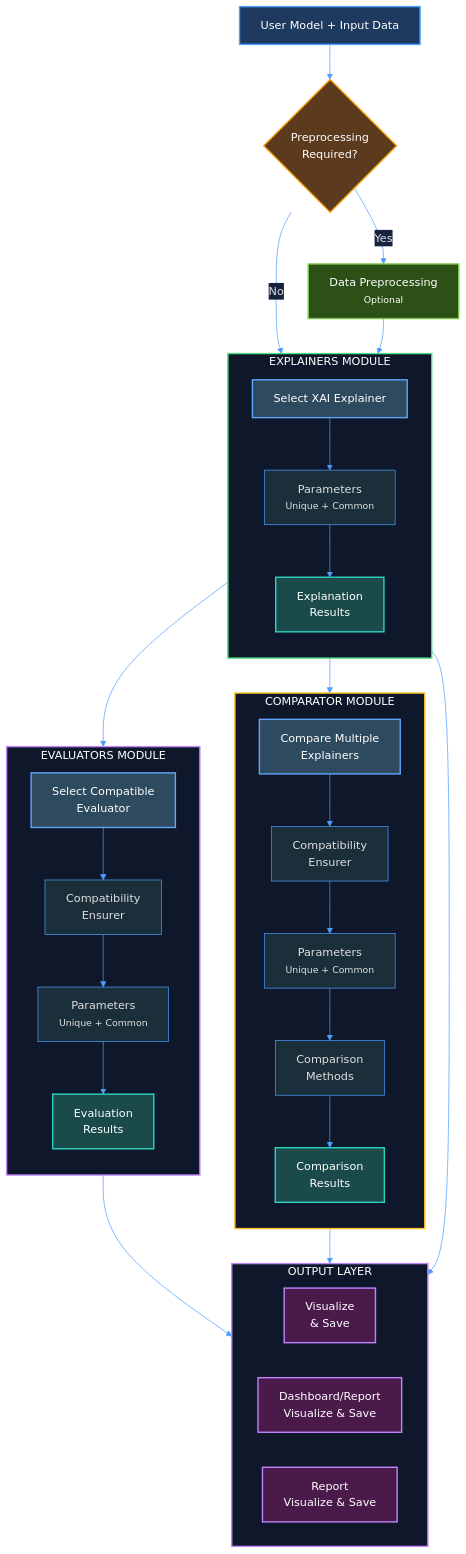
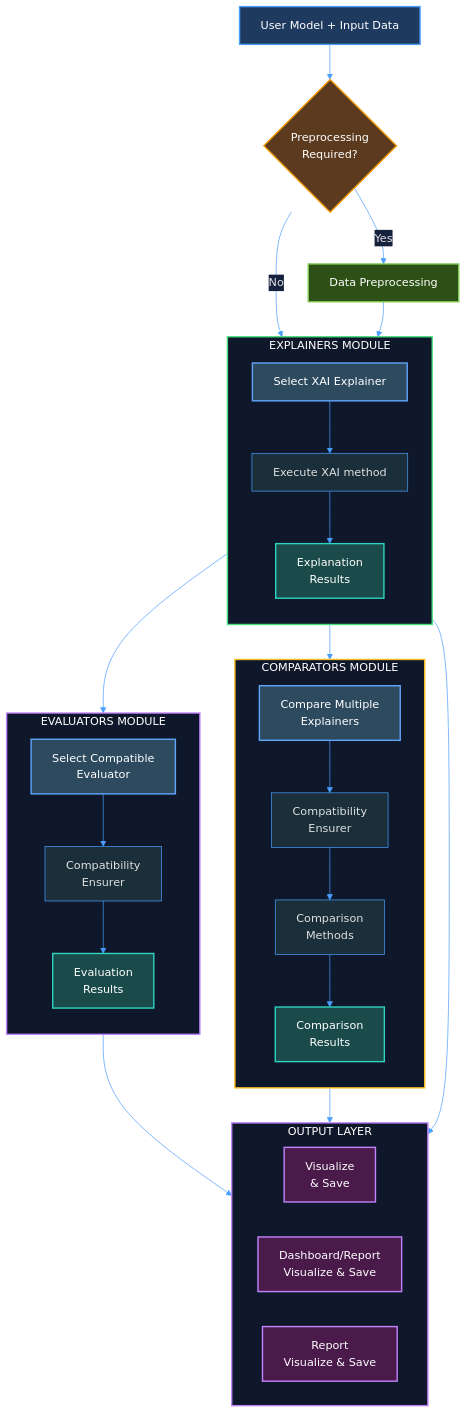
The diagram in README.md (Harishankar-HDK/E.X.A.C.T-by-GHAN-Hari-s-fork), drawn with Mermaid before and after one commit.

Commit message:
architecture diagram updated in README

```diff
--- a/README.md
+++ b/README.md
@@ -97,22 +97,21 @@
     B{"Preprocessing<br/>Required?"}:::decisionClass
     
     %% Preprocessing
-    C["Data Preprocessing<br/><small>Optional</small>"]:::processClass
+    C["Data Preprocessing<br/>"]:::processClass
     
     %% Explainers
     subgraph EXPLAINERS["EXPLAINERS MODULE"]
         direction TB
         E_SEL["Select XAI Explainer"]:::selectClass
-        E_PARAMS["Parameters<br/><small>Unique + Common</small>"]:::subClass
+        E_PARAMS["Execute XAI method"]:::subClass
         E_RES["Explanation<br/>Results"]:::resultClass
     end
     
     %% Comparator
-    subgraph COMPARATOR["COMPARATOR MODULE"]
+    subgraph COMPARATOR["COMPARATORS MODULE"]
         direction TB
         C_SEL["Compare Multiple<br/>Explainers"]:::selectClass
         C_COMPAT["Compatibility<br/>Ensurer"]:::subClass
-        C_PARAMS["Parameters<br/><small>Unique + Common</small>"]:::subClass
         C_METHODS["Comparison<br/>Methods"]:::subClass
         C_RES["Comparison<br/>Results"]:::resultClass
     end
@@ -122,7 +121,6 @@
         direction TB
         V_SEL["Select Compatible<br/>Evaluator"]:::selectClass
         V_COMPAT["Compatibility<br/>Ensurer"]:::subClass
-        V_PARAMS["Parameters<br/><small>Unique + Common</small>"]:::subClass
         V_RES["Evaluation<br/>Results"]:::resultClass
     end
     
@@ -150,16 +148,14 @@
     %% Workflow B: Multiple Explainers + Comparator
     E_RES --> C_SEL
     C_SEL --> C_COMPAT
-    C_COMPAT --> C_PARAMS
-    C_PARAMS --> C_METHODS
+    C_COMPAT --> C_METHODS
     C_METHODS --> C_RES
     C_RES --> OUT2
     
     %% Workflow C: Explainer + Evaluator
     E_RES --> V_SEL
     V_SEL --> V_COMPAT
-    V_COMPAT --> V_PARAMS
-    V_PARAMS --> V_RES
+    V_COMPAT --> V_RES
     V_RES --> OUT3
     
     %% Styling
```
